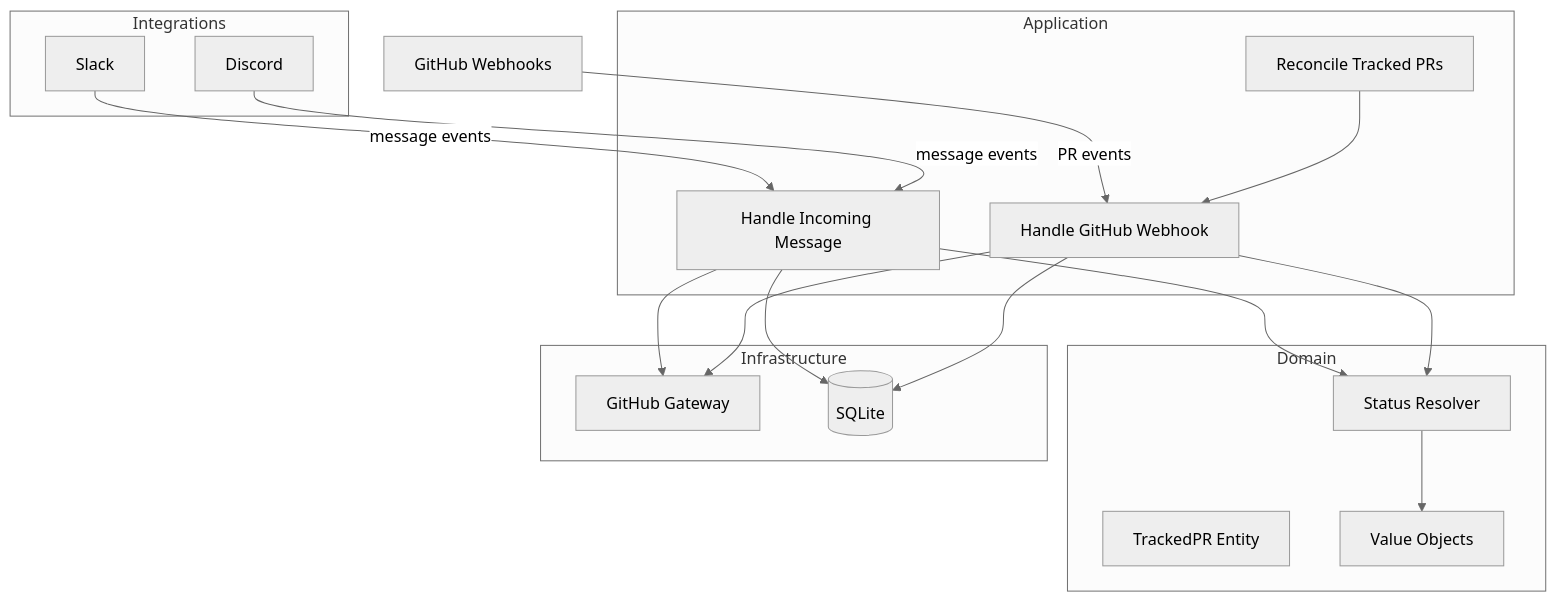
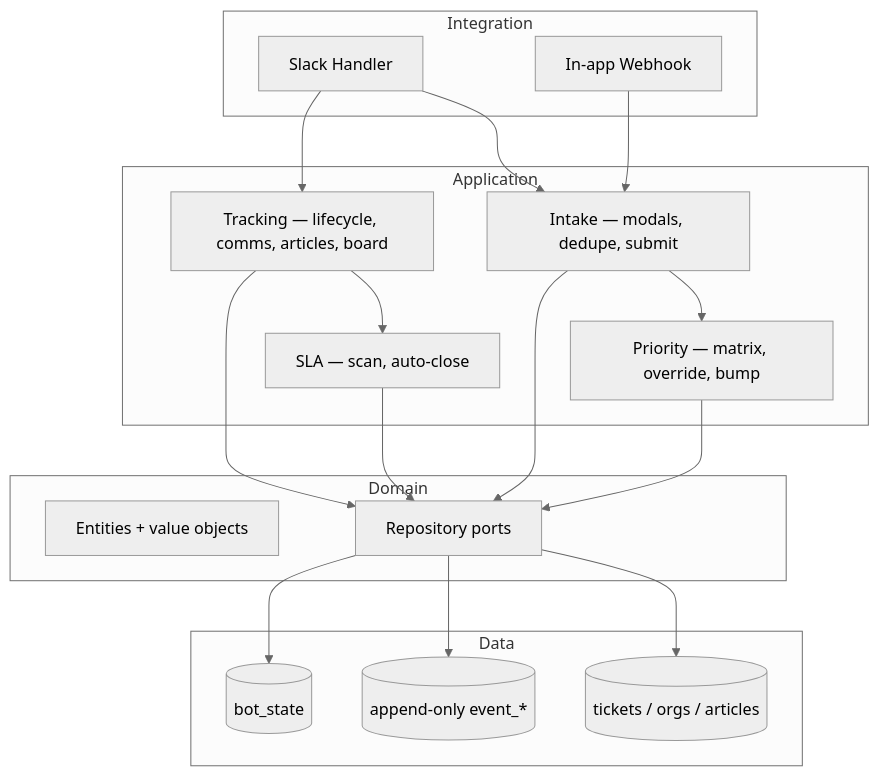
The diagram in docs/getting-started.md (Userled-Ryan/Customerbot), drawn with Mermaid (neutral theme) before and after one commit. The commit also changed other lines of this file and 15 other files, not shown here.

````diff
--- a/docs/getting-started.md
+++ b/docs/getting-started.md
@@ -91,36 +115,38 @@
 ```mermaid
 graph TB
-    subgraph Integrations
-        Slack[Slack]
-        Discord[Discord]
+    subgraph Integration
+        SH[Slack Handler]
+        WH[In-app Webhook]
     end
 
     subgraph Application
-        HIM[Handle Incoming Message]
-        HGW[Handle GitHub Webhook]
-        RTP[Reconcile Tracked PRs]
+        Intake[Intake — modals, dedupe, submit]
+        Priority[Priority — matrix, override, bump]
+        SLA[SLA — scan, auto-close]
+        Tracking[Tracking — lifecycle, comms, articles, board]
     end
 
     subgraph Domain
-        TE[TrackedPR Entity]
-        VO[Value Objects]
-        SR[Status Resolver]
+        Entities[Entities + value objects]
+        Ports[Repository ports]
     end
 
-    subgraph Infrastructure
-        GH[GitHub Gateway]
-        DB[(SQLite)]
+    subgraph Data
+        Tickets[(tickets / orgs / articles)]
+        Events[(append-only event_*)]
+        BotState[(bot_state)]
     end
 
-    Slack -->|message events| HIM
-    Discord -->|message events| HIM
-    GH_WH[GitHub Webhooks] -->|PR events| HGW
-    HIM --> GH
-    HGW --> GH
-    HIM --> DB
-    HGW --> DB
-    RTP --> HGW
-    HIM --> SR
-    HGW --> SR
-    SR --> VO
+    SH --> Intake
+    SH --> Tracking
+    WH --> Intake
+    Intake --> Priority
+    Tracking --> SLA
+    Intake --> Ports
+    Priority --> Ports
+    SLA --> Ports
+    Tracking --> Ports
+    Ports --> Tickets
+    Ports --> Events
+    Ports --> BotState
 ```
````
